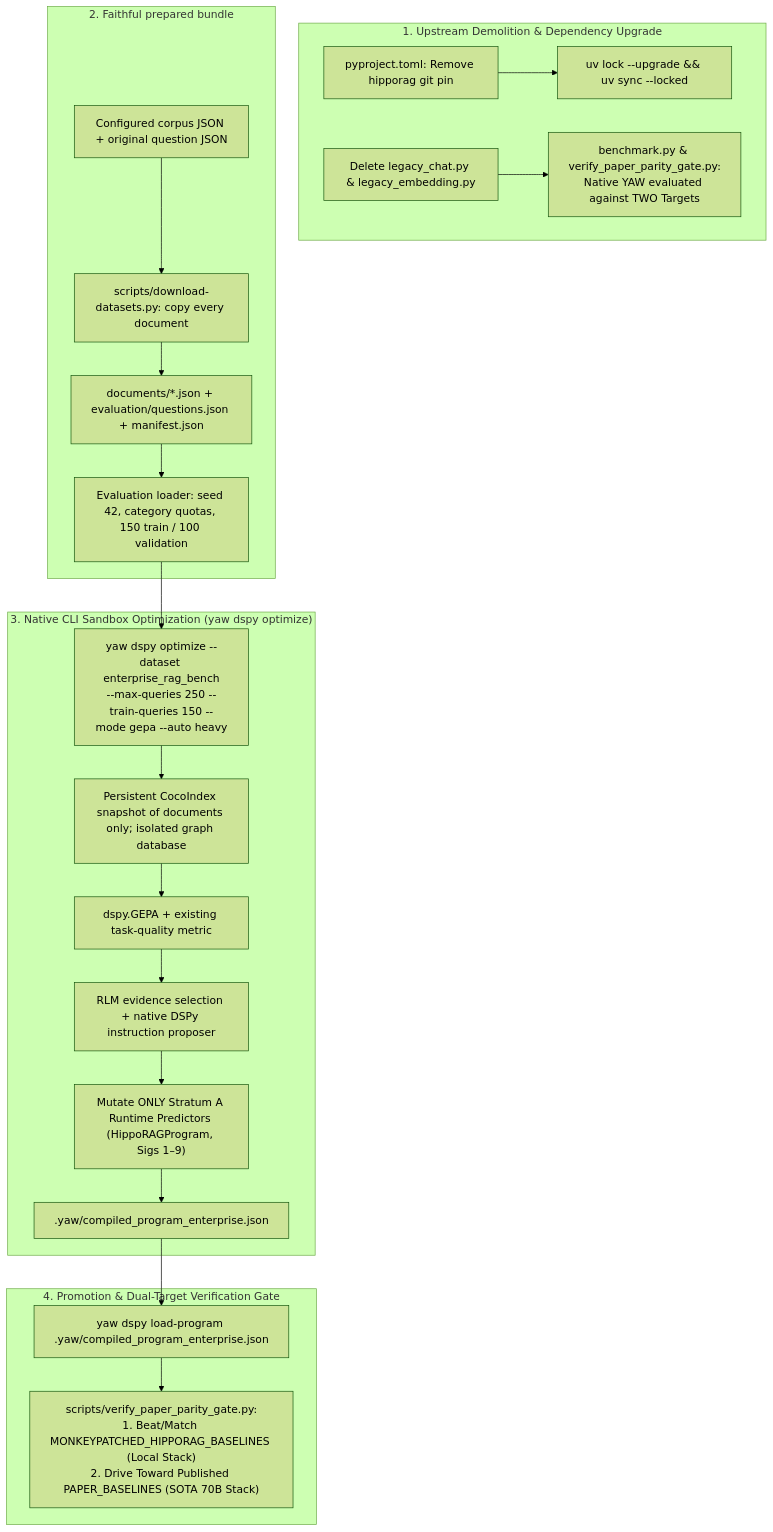
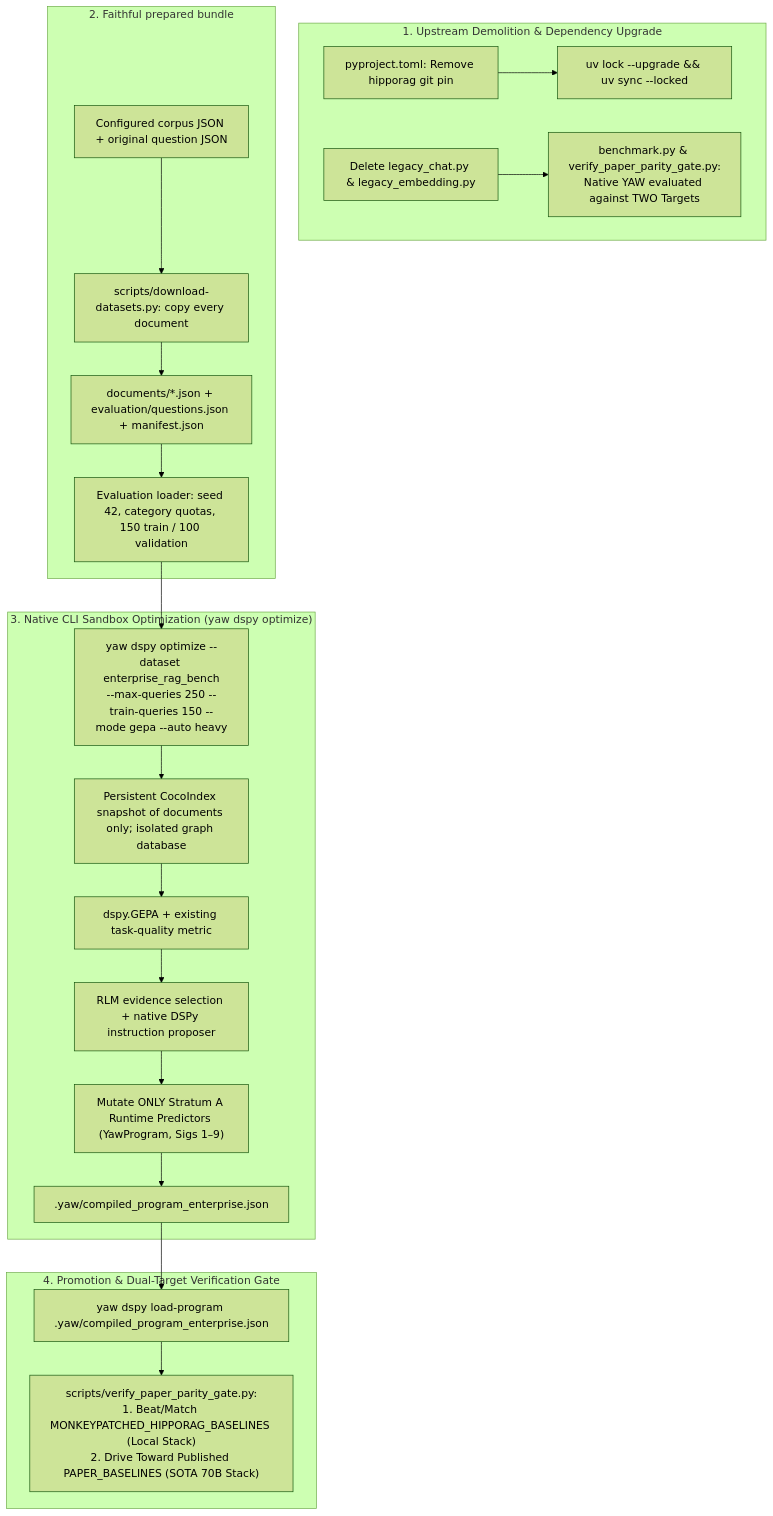
One commit to negatrait/yaw changed the diagram in docs/enterprise-rag-bench-training-plan.md. Above: the diagram before and after it, drawn with Mermaid (forest theme). The commit also changed other lines of this file and 43 other files, not shown here.

Commit message:
chore(hipporagprogram): changed the HippoRAGProgram to YawProgram, since it's not really hipporag anymore

````diff
--- a/docs/enterprise-rag-bench-training-plan.md
+++ b/docs/enterprise-rag-bench-training-plan.md
@@ -34,27 +34,27 @@
 ```mermaid
 flowchart TD
     subgraph Demolition ["1. Upstream Demolition & Dependency Upgrade"]
         PYPROJ["pyproject.toml: Remove hipporag git pin"] --> UVUP["uv lock --upgrade && uv sync --locked"]
         DEL_LEGACY["Delete legacy_chat.py & legacy_embedding.py"] --> NATIVE_BENCH["benchmark.py & verify_paper_parity_gate.py:<br/>Native YAW evaluated against TWO Targets"]
     end
 
     subgraph DataCuration ["2. Faithful prepared bundle"]
         INPUTS["Configured corpus JSON + original question JSON"] --> PREP["scripts/download-datasets.py: copy every document"]
         PREP --> OUT_DS["documents/*.json + evaluation/questions.json + manifest.json"]
         OUT_DS --> STRAT["Evaluation loader: seed 42, category quotas, 150 train / 100 validation"]
     end
 
     subgraph NativeCLI ["3. Native CLI Sandbox Optimization (yaw dspy optimize)"]
         STRAT --> CLI_OPT["yaw dspy optimize --dataset enterprise_rag_bench<br/>--max-queries 250 --train-queries 150 --mode gepa --auto heavy"]
         CLI_OPT --> SANDBOX["Persistent CocoIndex snapshot of documents only; isolated graph database"]
         SANDBOX --> GEPA["dspy.GEPA + existing task-quality metric"]
         GEPA --> PROPOSER["RLM evidence selection + native DSPy instruction proposer"]
-        PROPOSER --> TARGETS["Mutate ONLY Stratum A Runtime Predictors (HippoRAGProgram, Sigs 1–9)"]
+        PROPOSER --> TARGETS["Mutate ONLY Stratum A Runtime Predictors (YawProgram, Sigs 1–9)"]
         TARGETS --> ARTIFACT[".yaw/compiled_program_enterprise.json"]
     end
 
     subgraph DualTargetGate ["4. Promotion & Dual-Target Verification Gate"]
         ARTIFACT --> LOAD["yaw dspy load-program .yaw/compiled_program_enterprise.json"]
         LOAD --> GATE["scripts/verify_paper_parity_gate.py:<br/>1. Beat/Match MONKEYPATCHED_HIPPORAG_BASELINES (Local Stack)<br/>2. Drive Toward Published PAPER_BASELINES (SOTA 70B Stack)"]
     end
 ```
````
